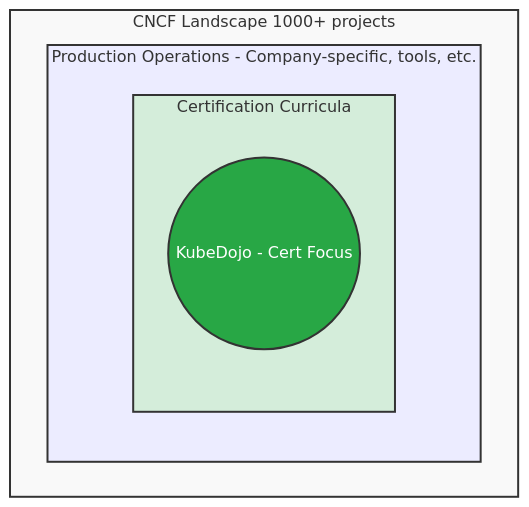
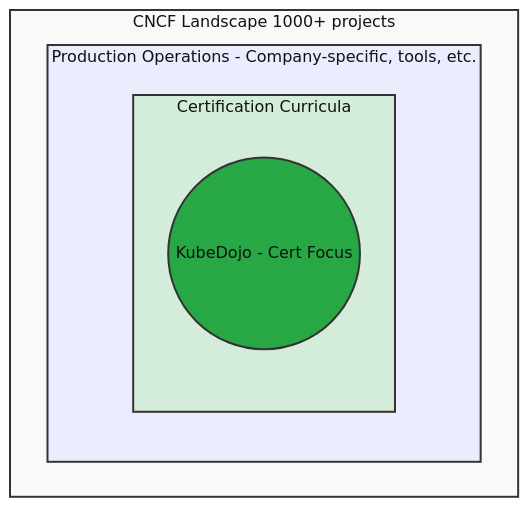
One commit to kube-dojo/kube-dojo.github.io changed the fourth of 4 diagrams in src/content/docs/prerequisites/philosophy-design/module-1.3-what-we-dont-cover.md. Above: the diagram before and after it, drawn with Mermaid. The commit also changed 16 other files, not shown here.

Commit message:
fix(content): complete English diagram foregrounds (#3446)

````diff
--- a/src/content/docs/prerequisites/philosophy-design/module-1.3-what-we-dont-cover.md
+++ b/src/content/docs/prerequisites/philosophy-design/module-1.3-what-we-dont-cover.md
@@ -242,14 +242,14 @@
 ```mermaid
 flowchart TD
     subgraph CNCF [CNCF Landscape 1000+ projects]
         subgraph Prod [Production Operations - Company-specific, tools, etc.]
             subgraph Cert [Certification Curricula]
                 KubeDojo((KubeDojo - Cert Focus))
             end
         end
     end
-    style CNCF fill:#f9f9f9,stroke:#333,stroke-width:2px
-    style Prod fill:#ececff,stroke:#333,stroke-width:2px
-    style Cert fill:#d4edda,stroke:#333,stroke-width:2px
-    style KubeDojo fill:#28a745,color:#fff,stroke:#333,stroke-width:2px
+    style CNCF fill:#f9f9f9,stroke:#333,stroke-width:2px,color:#111
+    style Prod fill:#ececff,stroke:#333,stroke-width:2px,color:#111
+    style Cert fill:#d4edda,stroke:#333,stroke-width:2px,color:#111
+    style KubeDojo fill:#28a745,color:#111,stroke:#333,stroke-width:2px
 ```
````
